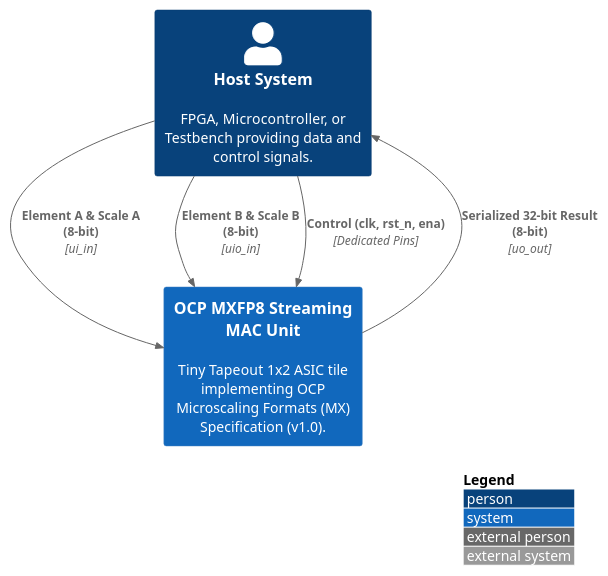
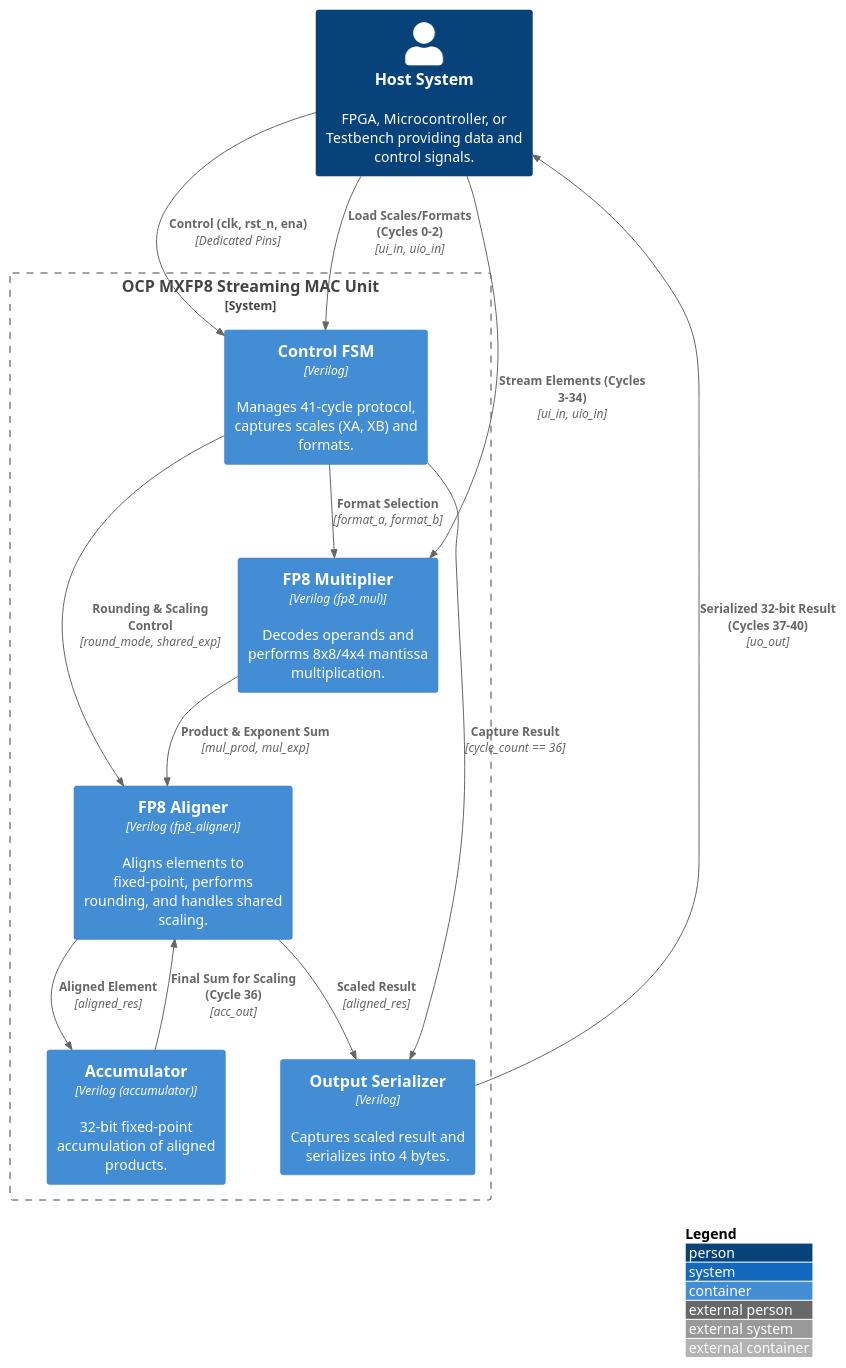
One commit to chatelao/ttihp-fp8-mul changed the diagram in documentation/CONTEXT_DIAGRAM.PUML. Above: the diagram before and after it, drawn with PlantUML.

Commit message:
doc: enhance context diagram with internal architectural details
Upgraded the PlantUML context diagram to a container diagram, adding
the internal functional blocks of the MAC unit:
- Control FSM
- FP8 Multiplier
- FP8 Aligner (including shared scaling reuse)
- Accumulator
- Output Serializer

Mapped the 41-cycle protocol phases and internal data flow relationships.

```diff
--- a/documentation/CONTEXT_DIAGRAM.PUML
+++ b/documentation/CONTEXT_DIAGRAM.PUML
@@ -1,14 +1,32 @@
 @startuml CONTEXT_DIAGRAM
 !include https://raw.githubusercontent.com/plantuml-stdlib/C4-PlantUML/master/C4_Context.puml
+!include https://raw.githubusercontent.com/plantuml-stdlib/C4-PlantUML/master/C4_Container.puml
 
 LAYOUT_WITH_LEGEND()
 
 Person(host, "Host System", "FPGA, Microcontroller, or Testbench providing data and control signals.")
-System(mac_unit, "OCP MXFP8 Streaming MAC Unit", "Tiny Tapeout 1x2 ASIC tile implementing OCP Microscaling Formats (MX) Specification (v1.0).")
 
-Rel(host, mac_unit, "Element A & Scale A (8-bit)", "ui_in")
-Rel(host, mac_unit, "Element B & Scale B (8-bit)", "uio_in")
-Rel(host, mac_unit, "Control (clk, rst_n, ena)", "Dedicated Pins")
-Rel(mac_unit, host, "Serialized 32-bit Result (8-bit)", "uo_out")
+System_Boundary(mac_system, "OCP MXFP8 Streaming MAC Unit") {
+    Container(fsm, "Control FSM", "Verilog", "Manages 41-cycle protocol, captures scales (XA, XB) and formats.")
+    Container(mul, "FP8 Multiplier", "Verilog (fp8_mul)", "Decodes operands and performs 8x8/4x4 mantissa multiplication.")
+    Container(align, "FP8 Aligner", "Verilog (fp8_aligner)", "Aligns elements to fixed-point, performs rounding, and handles shared scaling.")
+    Container(acc, "Accumulator", "Verilog (accumulator)", "32-bit fixed-point accumulation of aligned products.")
+    Container(serializer, "Output Serializer", "Verilog", "Captures scaled result and serializes into 4 bytes.")
+}
+
+Rel(host, fsm, "Control (clk, rst_n, ena)", "Dedicated Pins")
+Rel(host, fsm, "Load Scales/Formats (Cycles 0-2)", "ui_in, uio_in")
+Rel(host, mul, "Stream Elements (Cycles 3-34)", "ui_in, uio_in")
+
+Rel(fsm, mul, "Format Selection", "format_a, format_b")
+Rel(fsm, align, "Rounding & Scaling Control", "round_mode, shared_exp")
+Rel(fsm, serializer, "Capture Result", "cycle_count == 36")
+
+Rel(mul, align, "Product & Exponent Sum", "mul_prod, mul_exp")
+Rel(align, acc, "Aligned Element", "aligned_res")
+Rel(acc, align, "Final Sum for Scaling (Cycle 36)", "acc_out")
+Rel(align, serializer, "Scaled Result", "aligned_res")
+
+Rel(serializer, host, "Serialized 32-bit Result (Cycles 37-40)", "uo_out")
 
 @enduml
```
